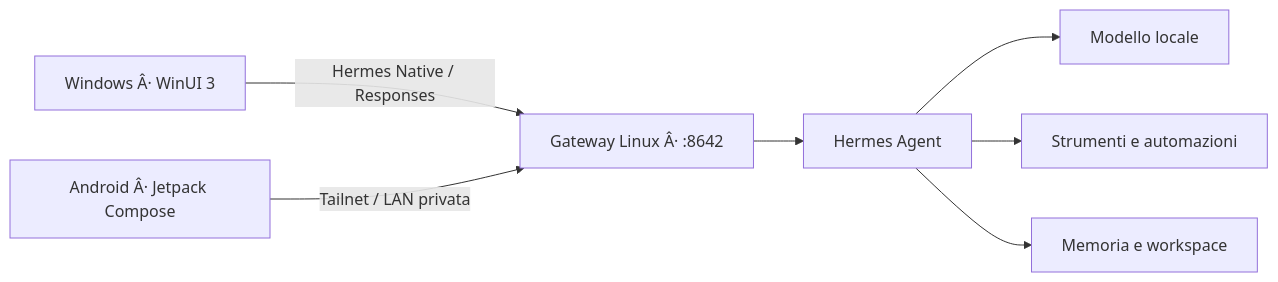
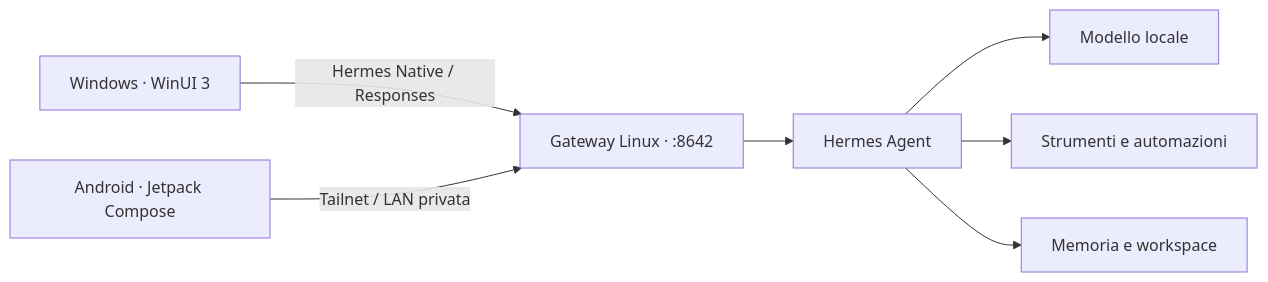
The diagram in README.md (JackoPeru/HermesHub), drawn with Mermaid before and after one commit. The commit also changed other lines of this file and 3 other files, not shown here.

````diff
--- a/README.md
+++ b/README.md
@@ -72,9 +72,9 @@
 ```mermaid
 flowchart LR
-    W["Windows Â· WinUI 3"] -->|Hermes Native / Responses| G["Gateway Linux Â· :8642"]
-    A["Android Â· Jetpack Compose"] -->|Tailnet / LAN privata| G
+    W["Windows · WinUI 3"] -->|Hermes Native / Responses| G["Gateway Linux · :8642"]
+    A["Android · Jetpack Compose"] -->|Tailnet / LAN privata| G
     G --> H["Hermes Agent"]
     H --> M["Modello locale"]
     H --> T["Strumenti e automazioni"]
     H --> D["Memoria e workspace"]
 ```
````
